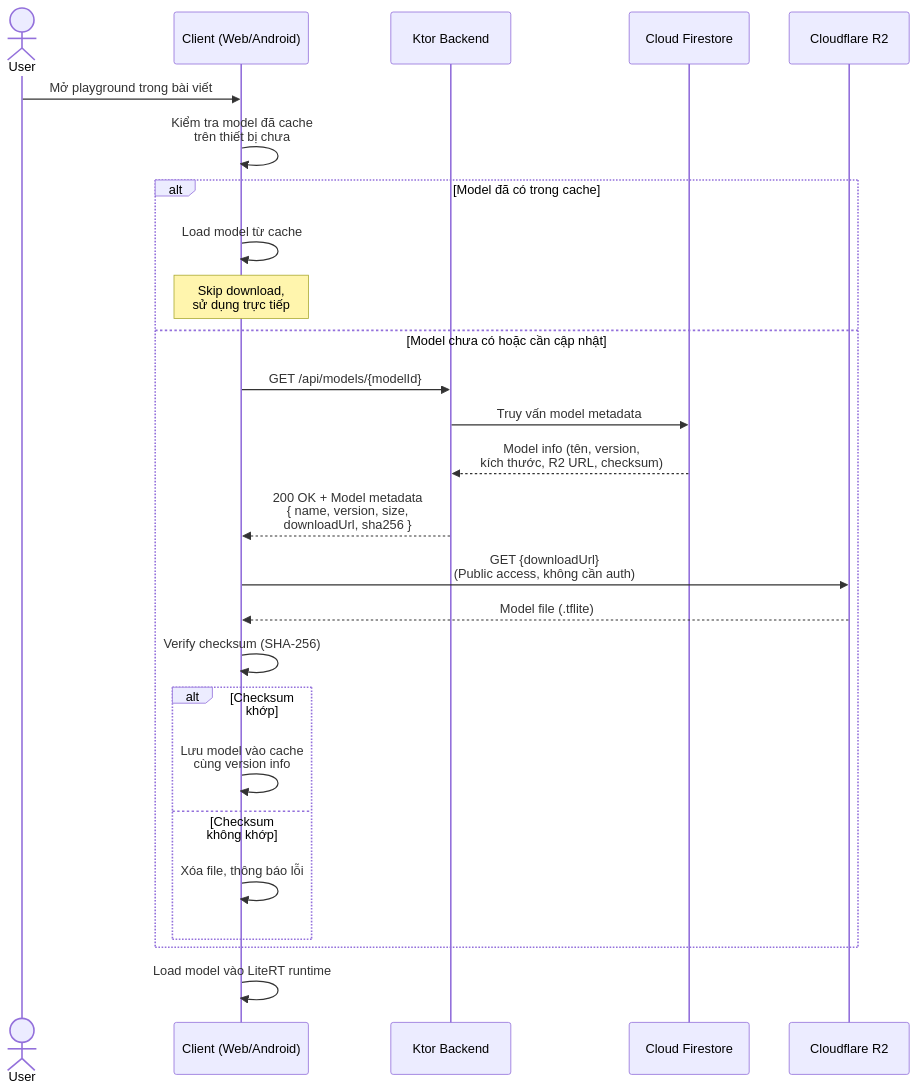
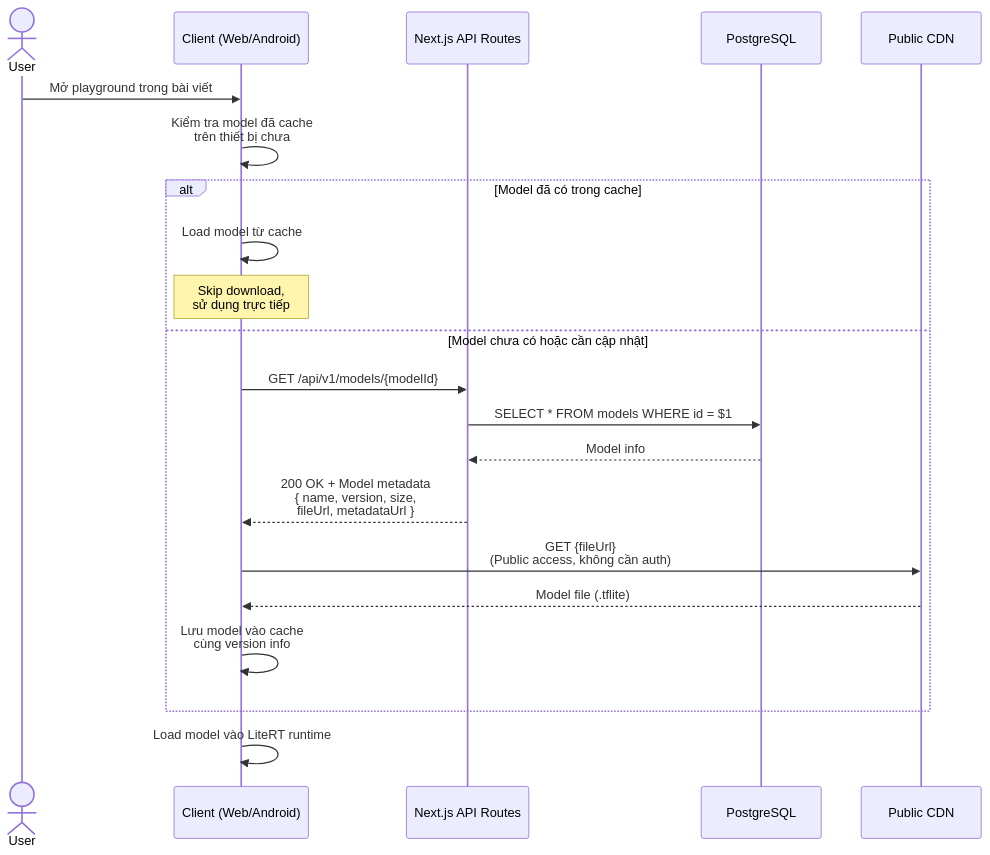
Before and after one commit to iAmHieu2012/Sequoia: the third of 5 diagrams in docs/design/architecture.md, drawn with Mermaid. The commit also changed other lines of this file and 14 other files, not shown here.

````diff
--- a/docs/design/architecture.md
+++ b/docs/design/architecture.md
@@ -162,35 +153,29 @@
 ```mermaid
 sequenceDiagram
     actor User
     participant Client as Client (Web/Android)
-    participant Ktor as Ktor Backend
-    participant Firestore as Cloud Firestore
-    participant R2 as Cloudflare R2
+    participant API as Next.js API Routes
+    participant DB as PostgreSQL
+    participant CDN as Public CDN
 
     User->>Client: Mở playground trong bài viết
 
     Client->>Client: Kiểm tra model đã cache<br/>trên thiết bị chưa
 
     alt Model đã có trong cache
         Client->>Client: Load model từ cache
         Note over Client: Skip download,<br/>sử dụng trực tiếp
     else Model chưa có hoặc cần cập nhật
-        Client->>Ktor: GET /api/models/{modelId}
-        Ktor->>Firestore: Truy vấn model metadata
-        Firestore-->>Ktor: Model info (tên, version,<br/>kích thước, R2 URL, checksum)
-        Ktor-->>Client: 200 OK + Model metadata<br/>{ name, version, size,<br/>downloadUrl, sha256 }
+        Client->>API: GET /api/v1/models/{modelId}
+        API->>DB: SELECT * FROM models WHERE id = $1
+        DB-->>API: Model info
+        API-->>Client: 200 OK + Model metadata<br/>{ name, version, size,<br/>fileUrl, metadataUrl }
         
-        Client->>R2: GET {downloadUrl}<br/>(Public access, không cần auth)
-        R2-->>Client: Model file (.tflite)
+        Client->>CDN: GET {fileUrl}<br/>(Public access, không cần auth)
+        CDN-->>Client: Model file (.tflite)
         
-        Client->>Client: Verify checksum (SHA-256)
-        
-        alt Checksum khớp
-            Client->>Client: Lưu model vào cache<br/>cùng version info
-        else Checksum không khớp
-            Client->>Client: Xóa file, thông báo lỗi
-        end
+        Client->>Client: Lưu model vào cache<br/>cùng version info
     end
 
     Client->>Client: Load model vào LiteRT runtime
 ```
````
